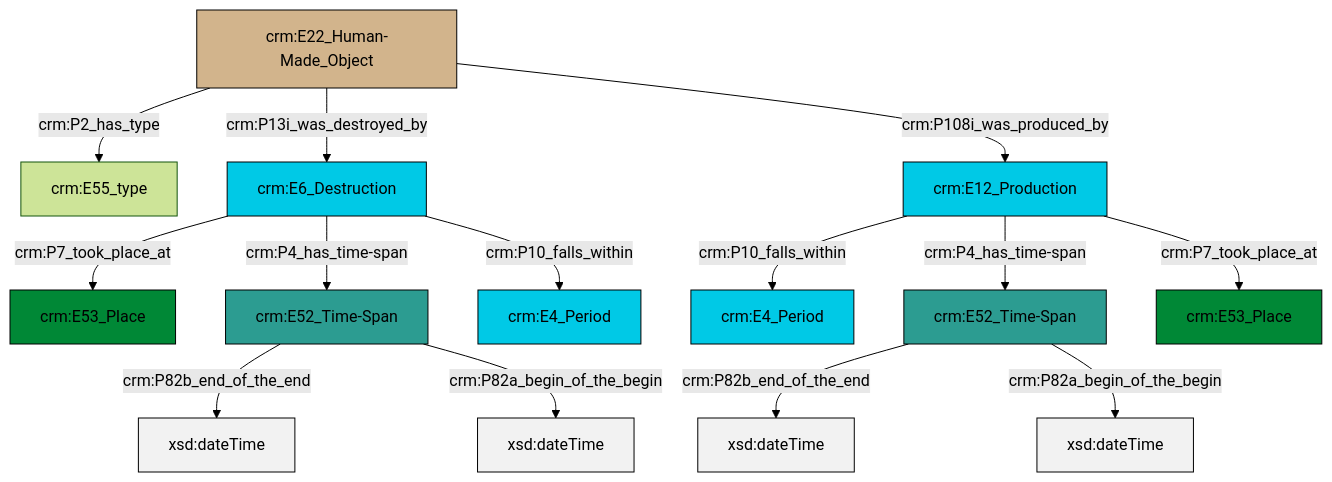
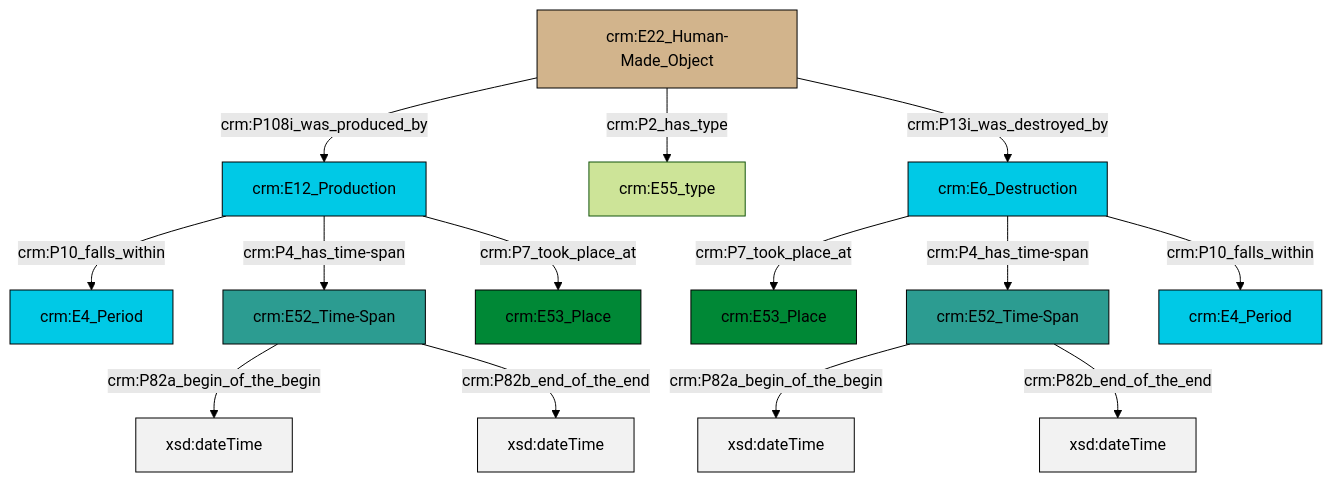
The diagram in et/builtWorkCSV/ttl/mmd/Built_Work_existence.ttl.mmd (swiss-art-research-net/reference-data-models), drawn with Mermaid (forest theme) before and after one commit. The commit also changed 131 other files, not shown here.

```diff
--- a/et/builtWorkCSV/ttl/mmd/Built_Work_existence.ttl.mmd
+++ b/et/builtWorkCSV/ttl/mmd/Built_Work_existence.ttl.mmd
@@ -1,28 +1,28 @@
 graph TD
 classDef Literal fill:#f2f2f2,stroke:#000000;
 classDef CRM_Entity fill:#FFFFFF,stroke:#000000;
 classDef Temporal_Entity fill:#00C9E6, stroke:#000000;
 classDef Type fill:#E18312, stroke:#000000;
 classDef Time-Span fill:#2C9C91, stroke:#000000;
 classDef Appellation fill:#FFEB7F, stroke:#000000;
 classDef Place fill:#008836, stroke:#000000;
 classDef Persistent_Item fill:#B266B2, stroke:#000000;
 classDef Conceptual_Object fill:#FFD700, stroke:#000000;
 classDef Physical_Thing fill:#D2B48C, stroke:#000000;
 classDef Actor fill:#f58aad, stroke:#000000;
 classDef PC_Classes fill:#4ce600, stroke:#000000;
 classDef Multi fill:#cccccc,stroke:#000000;
 
-0["crm:E22_Human-Made_Object"]:::Physical_Thing -->|crm:P2_has_type| 1["crm:E55_type"]:::Default
-0["crm:E22_Human-Made_Object"]:::Physical_Thing -->|crm:P13i_was_destroyed_by| 3["crm:E6_Destruction"]:::Temporal_Entity
-4["crm:E52_Time-Span"]:::Time-Span -->|crm:P82b_end_of_the_end| 6[xsd:dateTime]:::Literal
-10["crm:E12_Production"]:::Temporal_Entity -->|crm:P10_falls_within| 11["crm:E4_Period"]:::Temporal_Entity
-3["crm:E6_Destruction"]:::Temporal_Entity -->|crm:P7_took_place_at| 7["crm:E53_Place"]:::Place
-12["crm:E52_Time-Span"]:::Time-Span -->|crm:P82b_end_of_the_end| 13[xsd:dateTime]:::Literal
-3["crm:E6_Destruction"]:::Temporal_Entity -->|crm:P4_has_time-span| 4["crm:E52_Time-Span"]:::Time-Span
-0["crm:E22_Human-Made_Object"]:::Physical_Thing -->|crm:P108i_was_produced_by| 10["crm:E12_Production"]:::Temporal_Entity
-3["crm:E6_Destruction"]:::Temporal_Entity -->|crm:P10_falls_within| 15["crm:E4_Period"]:::Temporal_Entity
-10["crm:E12_Production"]:::Temporal_Entity -->|crm:P4_has_time-span| 12["crm:E52_Time-Span"]:::Time-Span
-4["crm:E52_Time-Span"]:::Time-Span -->|crm:P82a_begin_of_the_begin| 20[xsd:dateTime]:::Literal
-12["crm:E52_Time-Span"]:::Time-Span -->|crm:P82a_begin_of_the_begin| 21[xsd:dateTime]:::Literal
-10["crm:E12_Production"]:::Temporal_Entity -->|crm:P7_took_place_at| 22["crm:E53_Place"]:::Place
+2["crm:E52_Time-Span"]:::Time-Span -->|crm:P82a_begin_of_the_begin| 3[xsd:dateTime]:::Literal
+6["crm:E12_Production"]:::Temporal_Entity -->|crm:P7_took_place_at| 7["crm:E53_Place"]:::Place
+4["crm:E22_Human-Made_Object"]:::Physical_Thing -->|crm:P108i_was_produced_by| 6["crm:E12_Production"]:::Temporal_Entity
+2["crm:E52_Time-Span"]:::Time-Span -->|crm:P82b_end_of_the_end| 13[xsd:dateTime]:::Literal
+18["crm:E6_Destruction"]:::Temporal_Entity -->|crm:P4_has_time-span| 2["crm:E52_Time-Span"]:::Time-Span
+10["crm:E52_Time-Span"]:::Time-Span -->|crm:P82a_begin_of_the_begin| 19[xsd:dateTime]:::Literal
+18["crm:E6_Destruction"]:::Temporal_Entity -->|crm:P10_falls_within| 16["crm:E4_Period"]:::Temporal_Entity
+6["crm:E12_Production"]:::Temporal_Entity -->|crm:P10_falls_within| 0["crm:E4_Period"]:::Temporal_Entity
+6["crm:E12_Production"]:::Temporal_Entity -->|crm:P4_has_time-span| 10["crm:E52_Time-Span"]:::Time-Span
+4["crm:E22_Human-Made_Object"]:::Physical_Thing -->|crm:P2_has_type| 14["crm:E55_type"]:::Default
+10["crm:E52_Time-Span"]:::Time-Span -->|crm:P82b_end_of_the_end| 23[xsd:dateTime]:::Literal
+18["crm:E6_Destruction"]:::Temporal_Entity -->|crm:P7_took_place_at| 8["crm:E53_Place"]:::Place
+4["crm:E22_Human-Made_Object"]:::Physical_Thing -->|crm:P13i_was_destroyed_by| 18["crm:E6_Destruction"]:::Temporal_Entity
```
